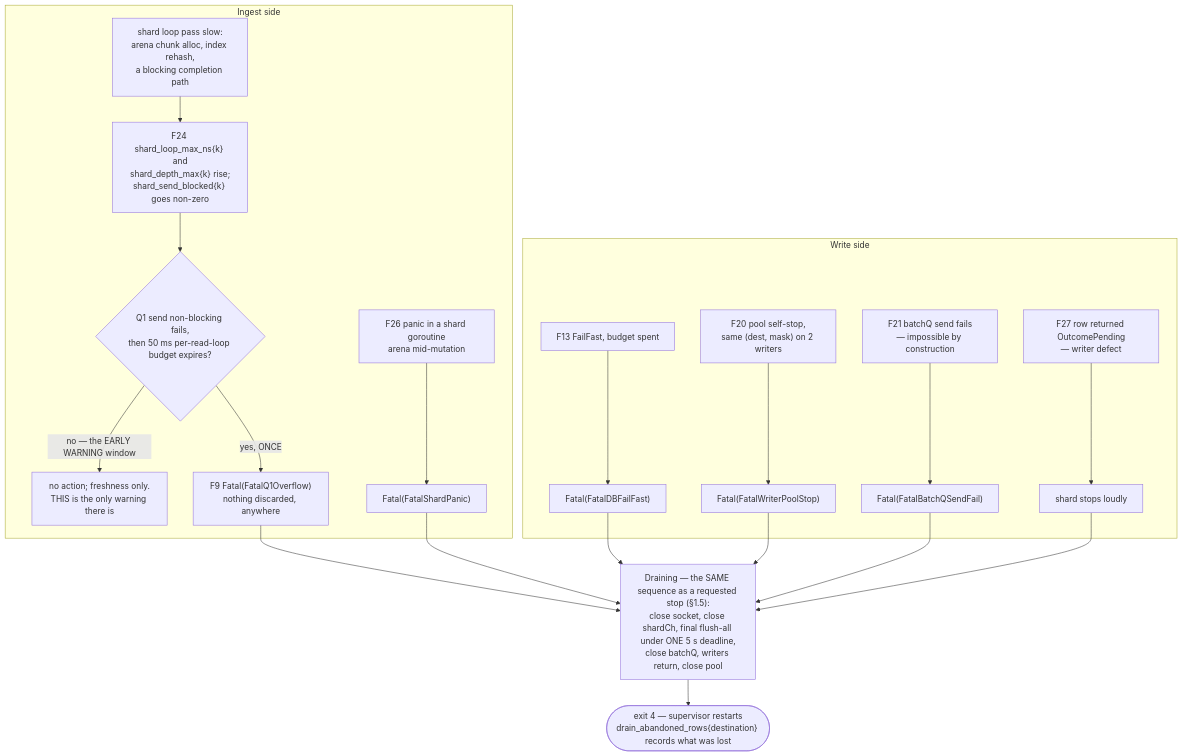
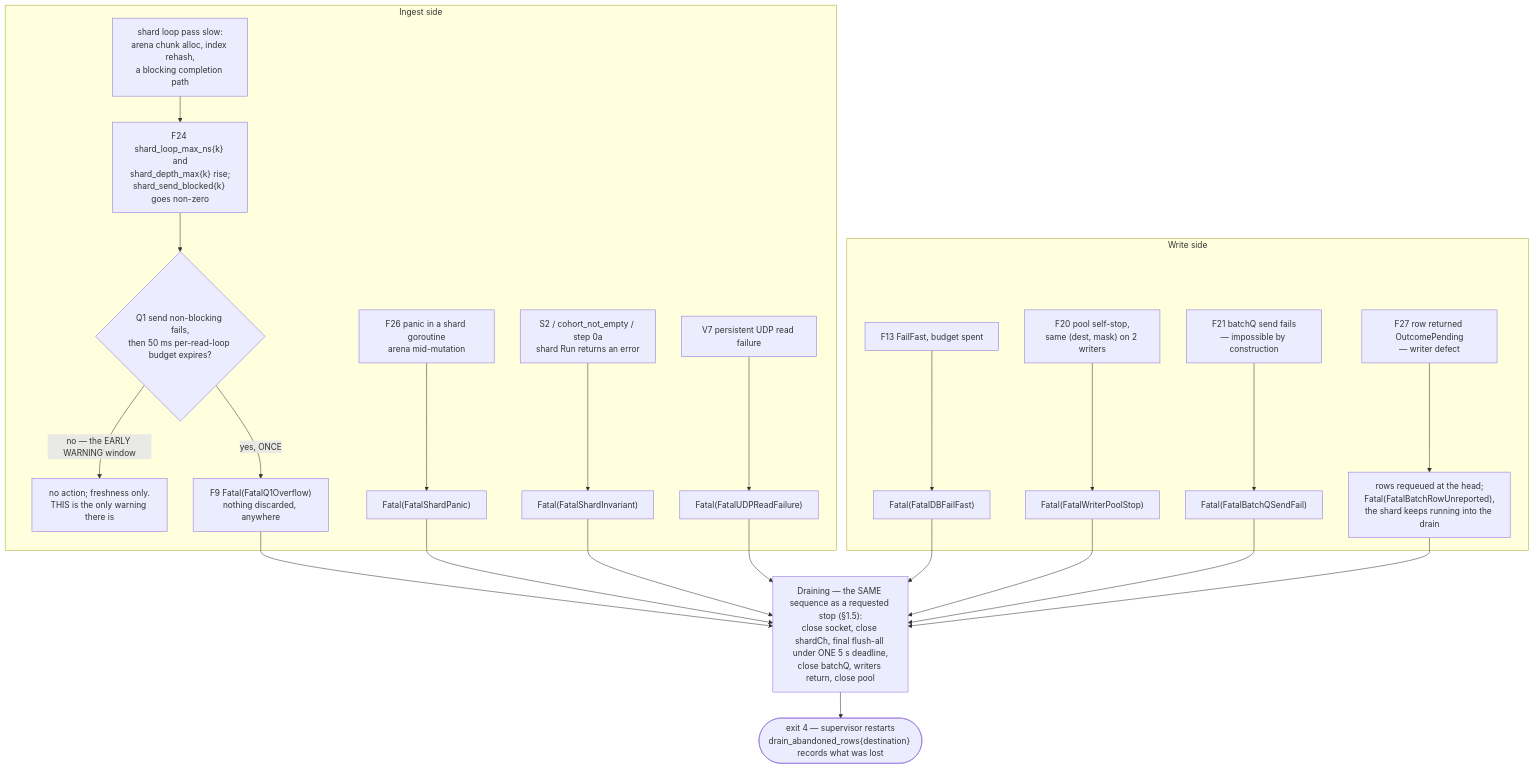
One commit to redwineyards/feedvalve changed the tenth of 12 diagrams in docs/lld/04-lifecycle-ops.md. Above: the diagram before and after it, drawn with Mermaid. The commit also changed other lines of this file and 7 other files, not shown here.

````diff
--- a/docs/lld/04-lifecycle-ops.md
+++ b/docs/lld/04-lifecycle-ops.md
@@ -1129,23 +1136,27 @@
 ```mermaid
 flowchart TD
     subgraph ING["Ingest side"]
         A["shard loop pass slow:<br/>arena chunk alloc, index rehash,<br/>a blocking completion path"] --> B["F24 shard_loop_max_ns{k} and<br/>shard_depth_max{k} rise;<br/>shard_send_blocked{k} goes non-zero"]
         B --> C{"Q1 send non-blocking fails,<br/>then 50 ms per-read-loop budget expires?"}
         C -->|"no — the EARLY WARNING window"| D["no action; freshness only.<br/>THIS is the only warning there is"]
         C -->|"yes, ONCE"| E["F9 Fatal(FatalQ1Overflow)<br/>nothing discarded, anywhere"]
         P1["F26 panic in a shard goroutine<br/>arena mid-mutation"] --> E2["Fatal(FatalShardPanic)"]
+        P2["S2 / cohort_not_empty / step 0a<br/>shard Run returns an error"] --> E3["Fatal(FatalShardInvariant)"]
+        V["V7 persistent UDP read failure"] --> E4["Fatal(FatalUDPReadFailure)"]
     end
     subgraph WRT["Write side"]
         F["F13 FailFast, budget spent"] --> G["Fatal(FatalDBFailFast)"]
         H["F20 pool self-stop,<br/>same (dest, mask) on 2 writers"] --> G2["Fatal(FatalWriterPoolStop)"]
         I["F21 batchQ send fails<br/>— impossible by construction"] --> G3["Fatal(FatalBatchQSendFail)"]
-        J["F27 row returned OutcomePending<br/>— writer defect"] --> G4["shard stops loudly"]
+        J["F27 row returned OutcomePending<br/>— writer defect"] --> G4["rows requeued at the head;<br/>Fatal(FatalBatchRowUnreported),<br/>the shard keeps running into the drain"]
     end
     E --> DR["Draining — the SAME sequence as a requested stop (§1.5):<br/>close socket, close shardCh, final flush-all under ONE 5 s deadline,<br/>close batchQ, writers return, close pool"]
     E2 --> DR
+    E3 --> DR
+    E4 --> DR
     G --> DR
     G2 --> DR
     G3 --> DR
     G4 --> DR
     DR --> X(["exit 4 — supervisor restarts<br/>drain_abandoned_rows{destination} records what was lost"])
 ```
````
